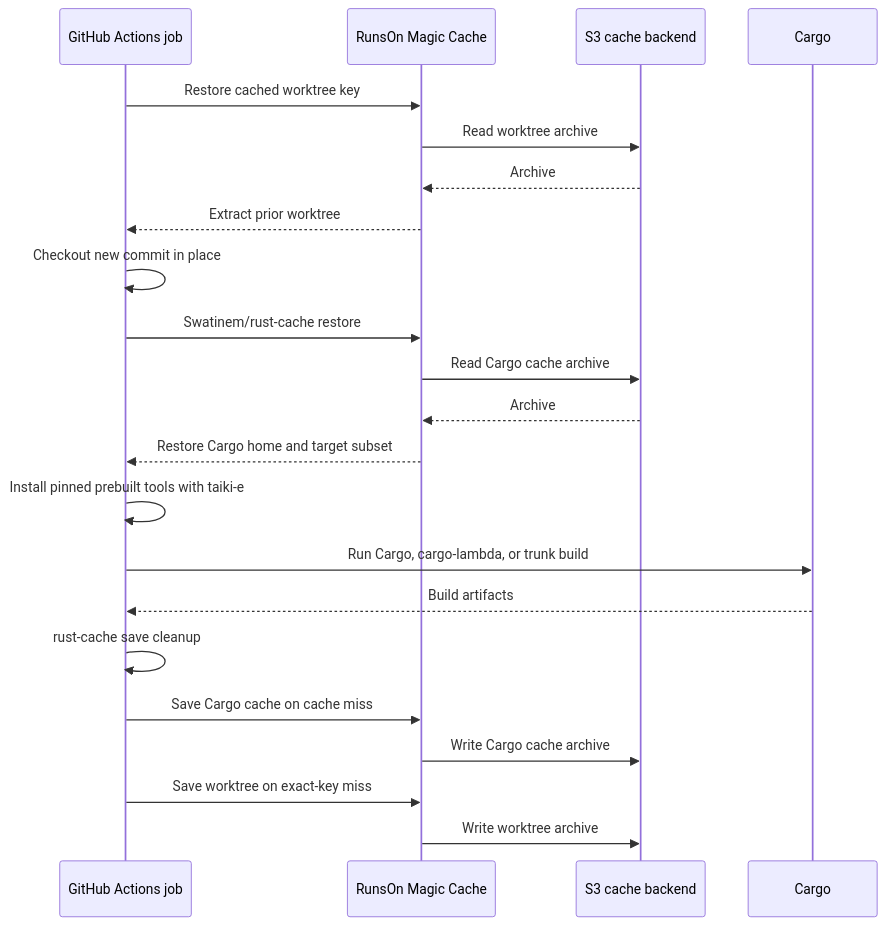
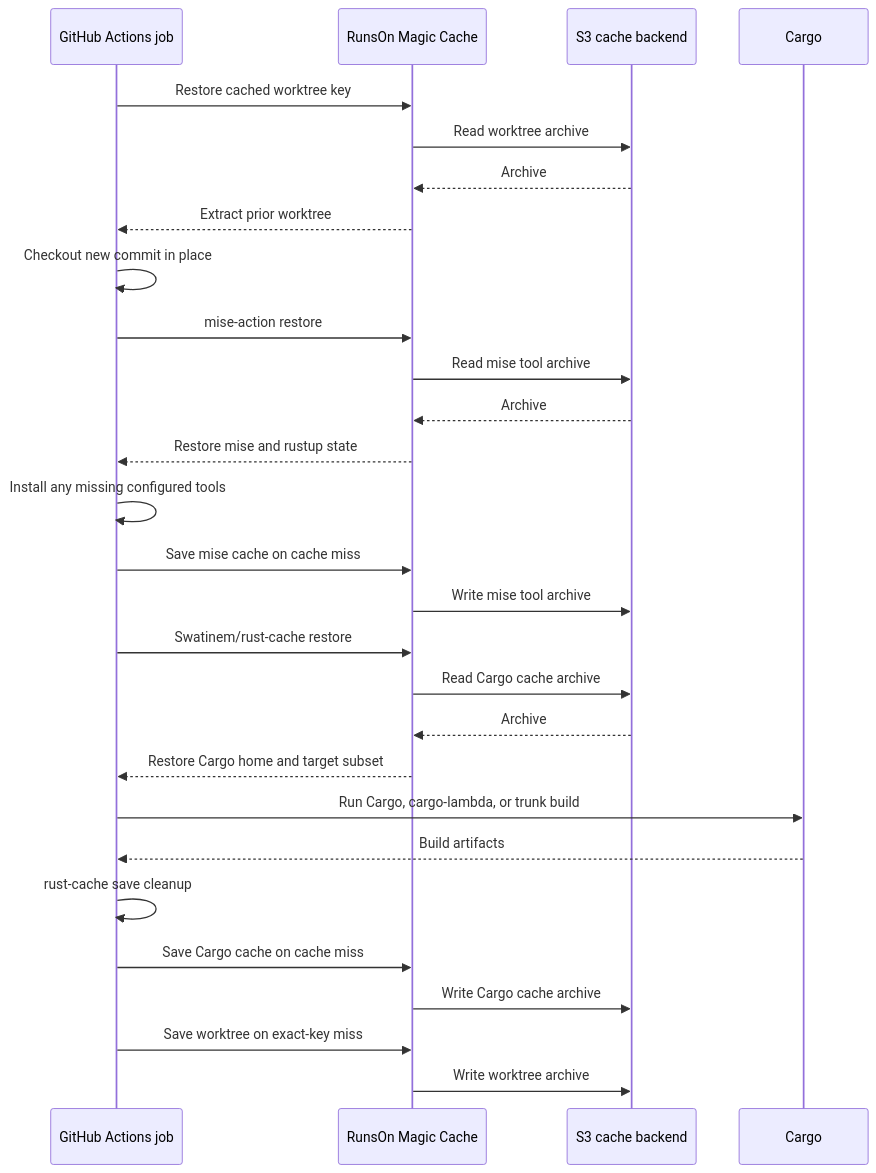
Before and after one commit to garysassano/cargo-ci-cache-archive: the second of 2 diagrams in docs/runs-on/README.md, drawn with Mermaid. The commit also changed other lines of this file and 16 other files, not shown here.

````diff
--- a/docs/runs-on/README.md
+++ b/docs/runs-on/README.md
@@ -67,28 +65,35 @@
 ```mermaid
 sequenceDiagram
     participant Job as GitHub Actions job
     participant Magic as RunsOn Magic Cache
     participant S3 as S3 cache backend
     participant Cargo as Cargo
 
     Job->>Magic: Restore cached worktree key
     Magic->>S3: Read worktree archive
     S3-->>Magic: Archive
     Magic-->>Job: Extract prior worktree
     Job->>Job: Checkout new commit in place
 
+    Job->>Magic: mise-action restore
+    Magic->>S3: Read mise tool archive
+    S3-->>Magic: Archive
+    Magic-->>Job: Restore mise and rustup state
+    Job->>Job: Install any missing configured tools
+    Job->>Magic: Save mise cache on cache miss
+    Magic->>S3: Write mise tool archive
+
     Job->>Magic: Swatinem/rust-cache restore
     Magic->>S3: Read Cargo cache archive
     S3-->>Magic: Archive
     Magic-->>Job: Restore Cargo home and target subset
 
-    Job->>Job: Install pinned prebuilt tools with taiki-e
     Job->>Cargo: Run Cargo, cargo-lambda, or trunk build
     Cargo-->>Job: Build artifacts
 
     Job->>Job: rust-cache save cleanup
     Job->>Magic: Save Cargo cache on cache miss
     Magic->>S3: Write Cargo cache archive
     Job->>Magic: Save worktree on exact-key miss
     Magic->>S3: Write worktree archive
 ```
````
